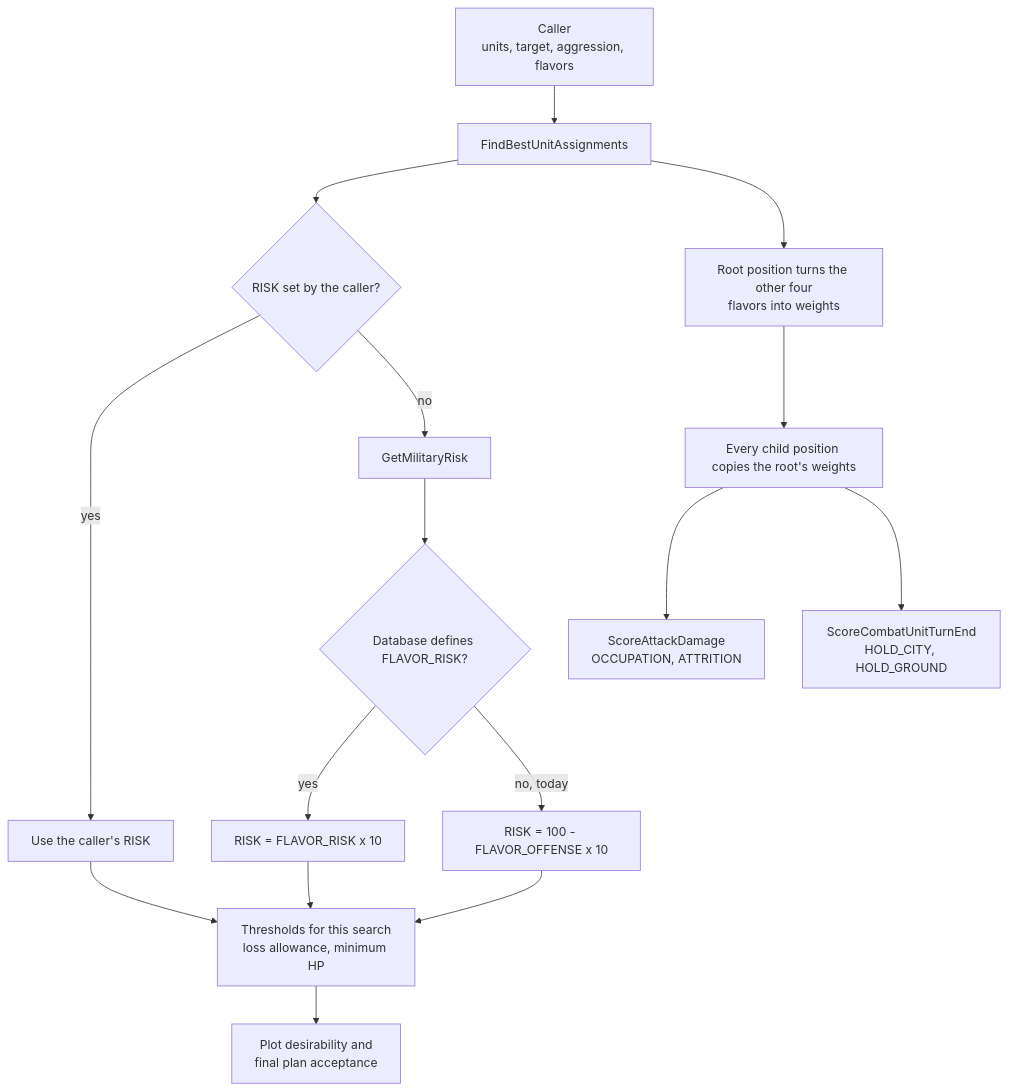
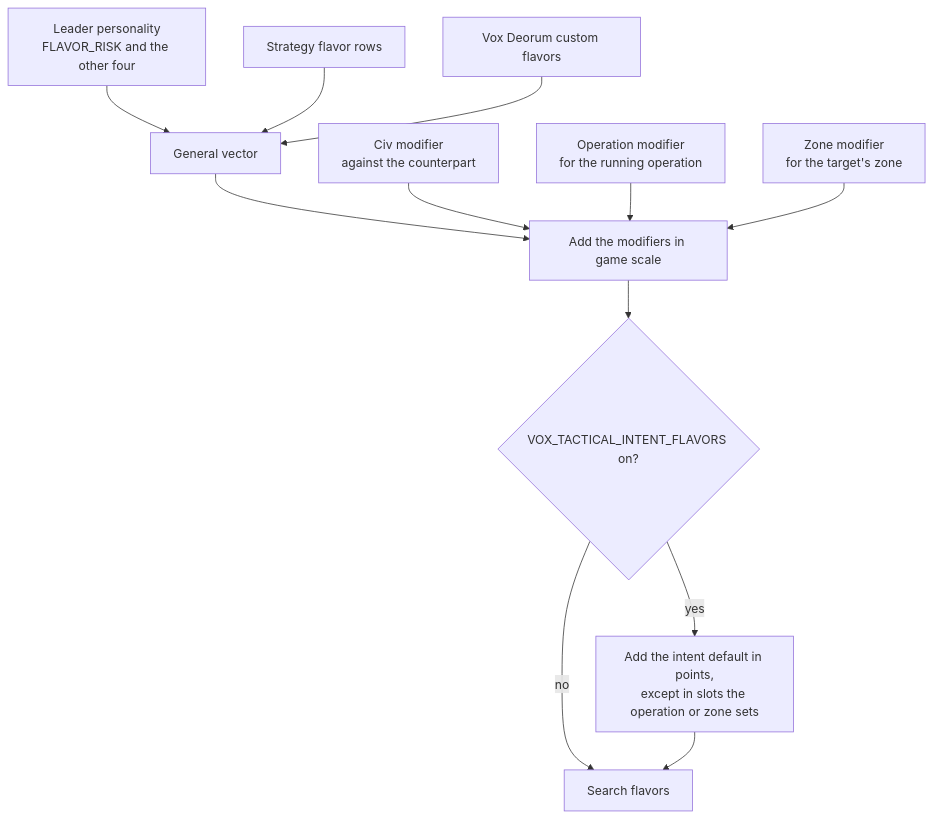
One commit to L1TTL3H0rSE/vox-deorum changed the first of 2 diagrams in docs/developers/civ5-dll/unit-ai/military-tactical-flavors.md. Above: the diagram before and after it, drawn with Mermaid. The commit also changed other lines of this file and 6 other files, not shown here.

Commit message:
Flavor-based search (this is going to break saves).

````diff
--- a/docs/developers/civ5-dll/unit-ai/military-tactical-flavors.md
+++ b/docs/developers/civ5-dll/unit-ai/military-tactical-flavors.md
@@ -23,18 +31,14 @@
 ```mermaid
 flowchart TD
-    C[Caller<br/>units, target, aggression, flavors] --> F[FindBestUnitAssignments]
-    F --> R{RISK set by the caller?}
-    R -->|yes| RV[Use the caller's RISK]
-    R -->|no| G[GetMilitaryRisk]
-    G --> DB{Database defines FLAVOR_RISK?}
-    DB -->|yes| FR[RISK = FLAVOR_RISK x 10]
-    DB -->|no, today| FO[RISK = 100 - FLAVOR_OFFENSE x 10]
-    RV --> T[Thresholds for this search<br/>loss allowance, minimum HP]
-    FR --> T
-    FO --> T
-    F --> W[Root position turns the other four<br/>flavors into weights]
-    W --> CH[Every child position copies the root's weights]
-    CH --> S1[ScoreAttackDamage<br/>OCCUPATION, ATTRITION]
-    CH --> S2[ScoreCombatUnitTurnEnd<br/>HOLD_CITY, HOLD_GROUND]
-    T --> A[Plot desirability and<br/>final plan acceptance]
+    L[Leader personality<br/>FLAVOR_RISK and the other four] --> G[General vector]
+    S[Strategy flavor rows] --> G
+    C[Vox Deorum custom flavors] --> G
+    G --> M[Add the modifiers in game scale]
+    CM[Civ modifier<br/>against the counterpart] --> M
+    OM[Operation modifier<br/>for the running operation] --> M
+    ZM[Zone modifier<br/>for the target's zone] --> M
+    M --> I{VOX_TACTICAL_INTENT_FLAVORS on?}
+    I -->|yes| ID[Add the intent default in points,<br/>except in slots the operation or zone sets]
+    I -->|no| F[Search flavors]
+    ID --> F
 ```
````
